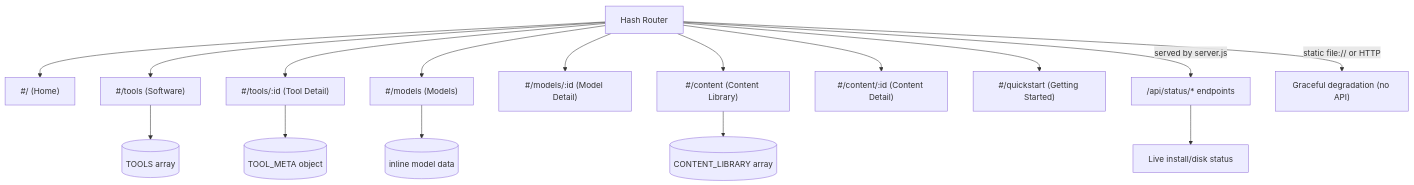
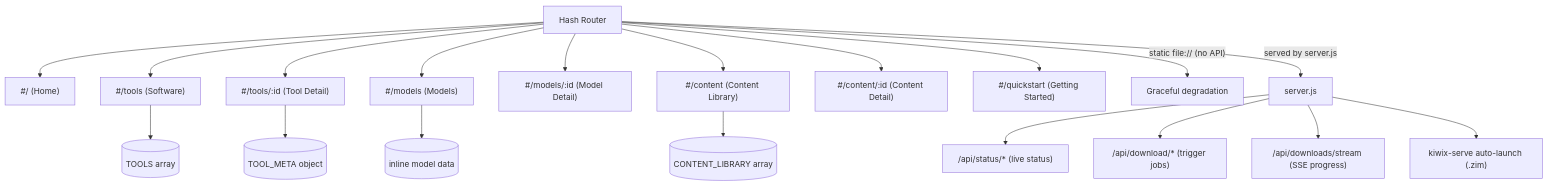
Before and after one commit to mvalancy/val-ark: the diagram in web-ui/README.md, drawn with Mermaid. The commit also changed other lines of this file and 13 other files, not shown here.

````diff
--- a/web-ui/README.md
+++ b/web-ui/README.md
@@ -10,20 +10,23 @@
 ```mermaid
 graph TD
     HR[Hash Router] --> HOME["#/ (Home)"]
     HR --> TOOLS["#/tools (Software)"]
     HR --> TOOL_D["#/tools/:id (Tool Detail)"]
     HR --> MODELS["#/models (Models)"]
     HR --> MODEL_D["#/models/:id (Model Detail)"]
     HR --> CONTENT["#/content (Content Library)"]
     HR --> CONTENT_D["#/content/:id (Content Detail)"]
     HR --> QS["#/quickstart (Getting Started)"]
 
     TOOLS --> TOOLS_ARR[(TOOLS array)]
     TOOL_D --> TOOL_META_OBJ[(TOOL_META object)]
     MODELS --> MODELS_DATA[(inline model data)]
     CONTENT --> CL_ARR[(CONTENT_LIBRARY array)]
 
-    HR -- "served by server.js" --> API["/api/status/* endpoints"]
-    API --> LIVE["Live install/disk status"]
-    HR -- "static file:// or HTTP" --> GRACEFUL["Graceful degradation (no API)"]
+    HR -- "static file:// (no API)" --> GRACEFUL["Graceful degradation"]
+    HR -- "served by server.js" --> SRV[server.js]
+    SRV --> STATUS["/api/status/* (live status)"]
+    SRV --> DL["/api/download/* (trigger jobs)"]
+    SRV --> SSE["/api/downloads/stream (SSE progress)"]
+    SRV --> KIWIX["kiwix-serve auto-launch (.zim)"]
 ```
````
